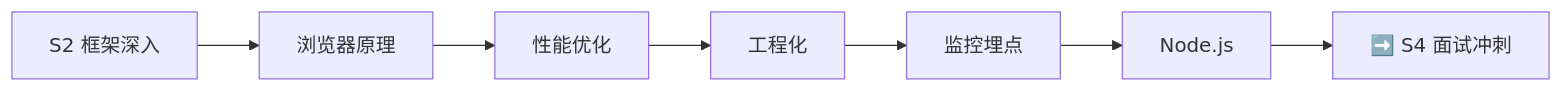
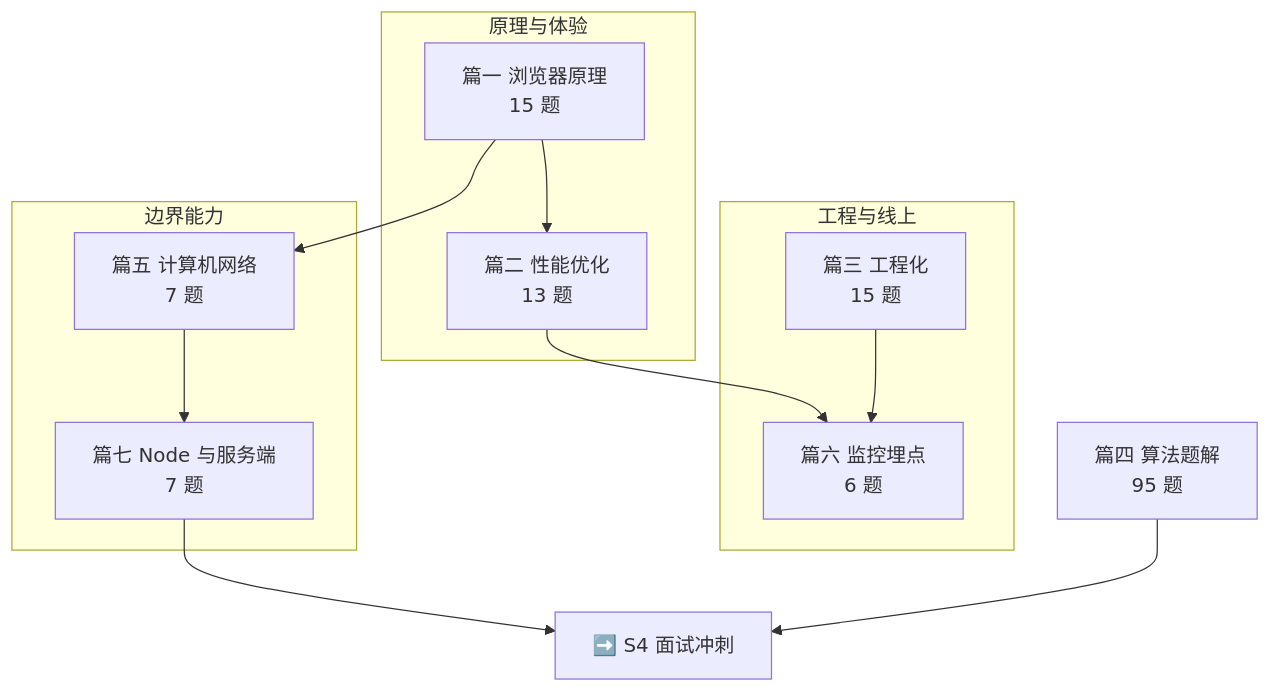
One commit to KMaybe01/interview-demo changed the diagram in docs/S3-进阶提升/index.md. Above: the diagram before and after it, drawn with Mermaid. The commit also changed other lines of this file and 7 other files, not shown here.

````diff
--- a/docs/S3-进阶提升/index.md
+++ b/docs/S3-进阶提升/index.md
@@ -19,9 +46,23 @@
 ```mermaid
-graph LR
-    S2["S2 框架深入"] --> Browser["浏览器原理"]
-    Browser --> Perf["性能优化"]
-    Perf --> Eng["工程化"]
-    Eng --> Monitor["监控埋点"]
-    Monitor --> Node["Node.js"]
-    Node --> S4["➡️ S4 面试冲刺"]
+graph TB
+    subgraph 原理与体验
+        B["篇一 浏览器原理<br/>15 题"]
+        P["篇二 性能优化<br/>13 题"]
+    end
+    subgraph 工程与线上
+        E["篇三 工程化<br/>15 题"]
+        M["篇六 监控埋点<br/>6 题"]
+    end
+    subgraph 边界能力
+        N["篇五 计算机网络<br/>7 题"]
+        S["篇七 Node 与服务端<br/>7 题"]
+    end
+    A["篇四 算法题解<br/>95 题"]
+    B --> P
+    B --> N
+    P --> M
+    E --> M
+    N --> S
+    S --> S4["➡️ S4 面试冲刺"]
+    A --> S4
 ```
````
